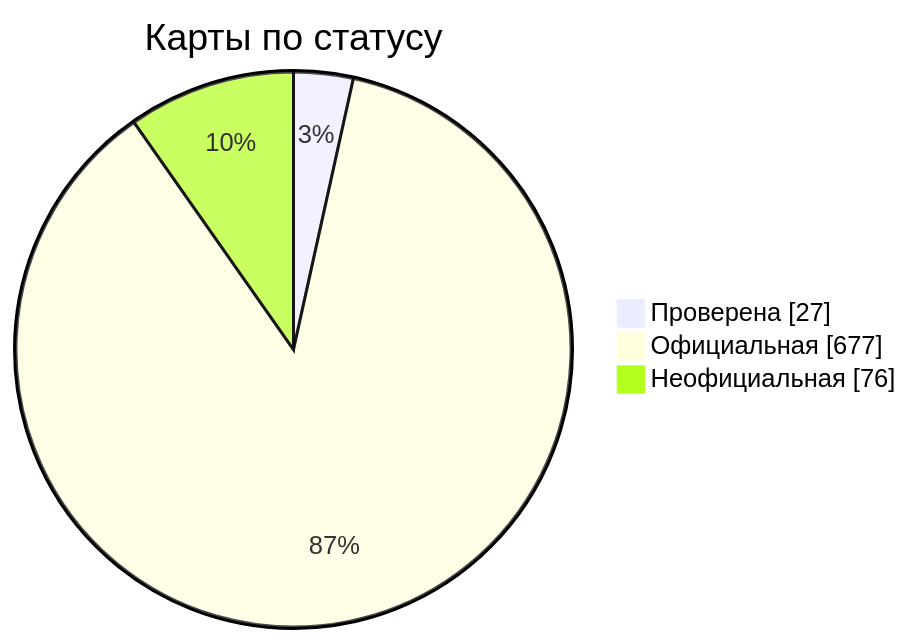
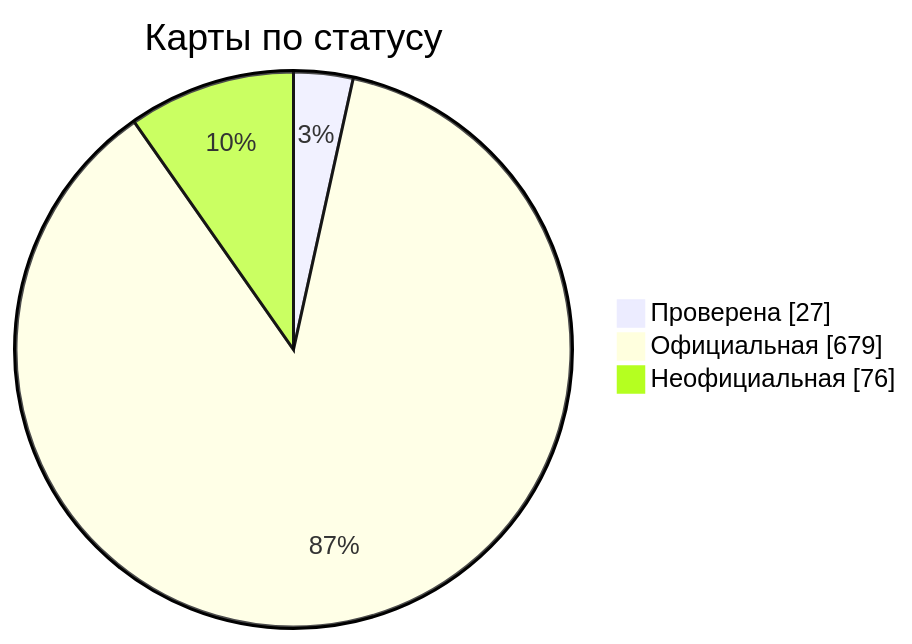
The diagram in docs/readme/README_RU.md (nobrega8/mbmap-library), drawn with Mermaid before and after one commit. The commit also changed 7 other files, not shown here.

````diff
--- a/docs/readme/README_RU.md
+++ b/docs/readme/README_RU.md
@@ -54,7 +54,7 @@
 ```mermaid
 pie showData
     title Карты по статусу
     "Проверена" : 27
-    "Официальная" : 677
+    "Официальная" : 679
     "Неофициальная" : 76
 ```
````
